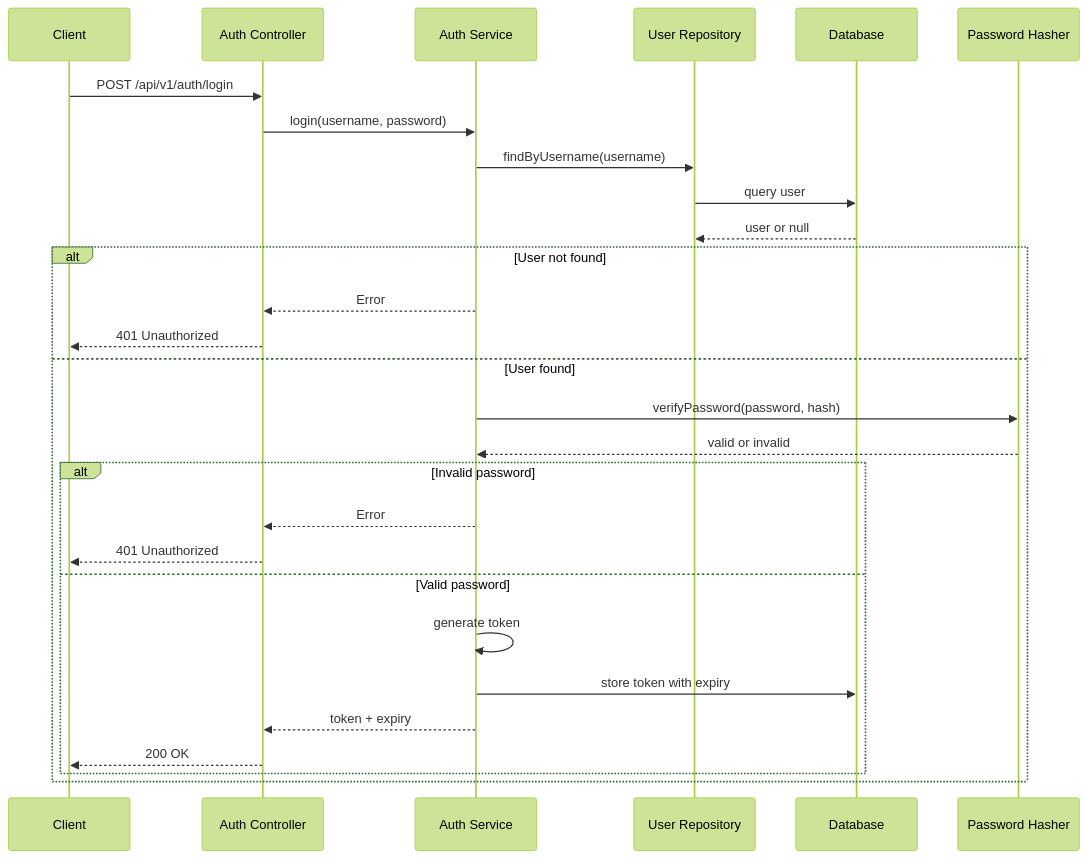
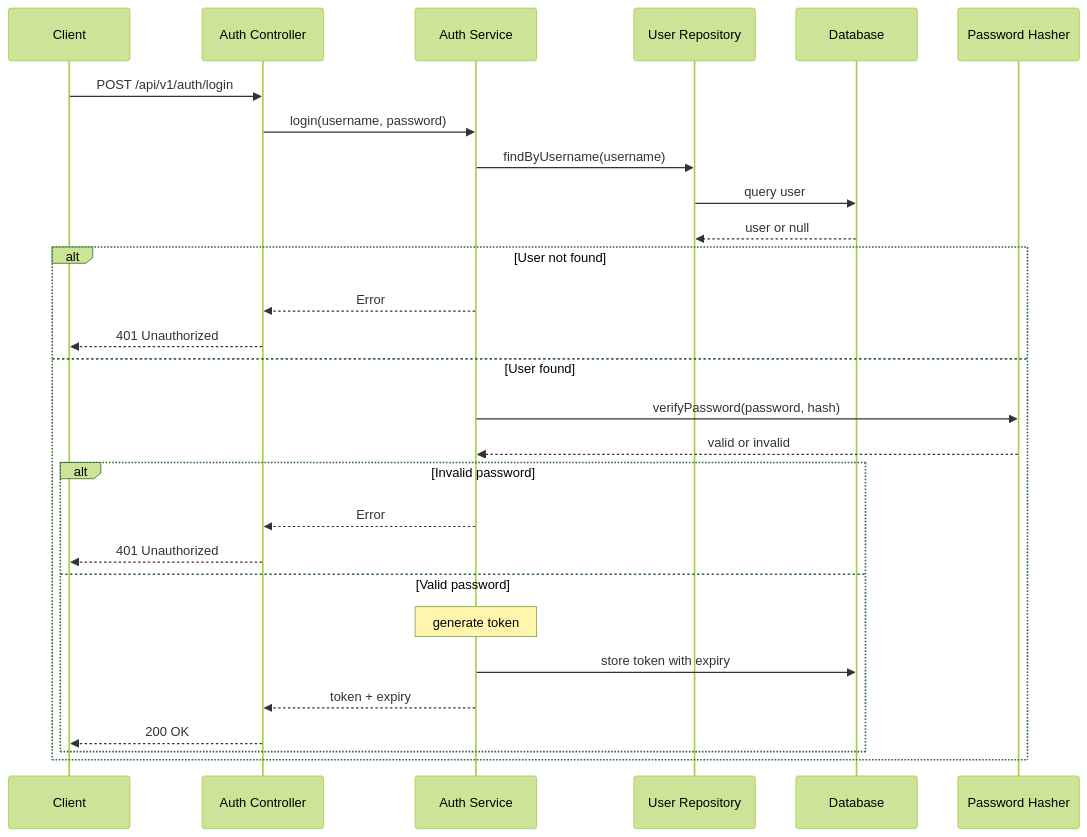
Before and after one commit to MiChillDev/sqs-project: the diagram in docs/readthedocs/arc42/06-runtime.md, drawn with Mermaid (forest theme). The commit also changed other lines of this file and 2 other files, not shown here.

Commit message:
experiment(#83): please work

````diff
--- a/docs/readthedocs/arc42/06-runtime.md
+++ b/docs/readthedocs/arc42/06-runtime.md
@@ -8,33 +9,33 @@
 ```mermaid
 sequenceDiagram
     participant Client
     participant AuthController as Auth Controller
     participant AuthService as Auth Service
     participant UserRepo as User Repository
-    participant Database
+    participant DB as Database
     participant PasswordUtil as Password Hasher
 
     Client->>AuthController: POST /api/v1/auth/login
     AuthController->>AuthService: login(username, password)
     AuthService->>UserRepo: findByUsername(username)
-    UserRepo->>Database: query user
-    Database-->>UserRepo: user or null
+    UserRepo->>DB: query user
+    DB-->>UserRepo: user or null
 
     alt User not found
         AuthService-->>AuthController: Error
         AuthController-->>Client: 401 Unauthorized
     else User found
         AuthService->>PasswordUtil: verifyPassword(password, hash)
         PasswordUtil-->>AuthService: valid or invalid
 
         alt Invalid password
             AuthService-->>AuthController: Error
             AuthController-->>Client: 401 Unauthorized
         else Valid password
-            AuthService->>AuthService: generate token
-            AuthService->>Database: store token with expiry
+            Note over AuthService: generate token
+            AuthService->>DB: store token with expiry
             AuthService-->>AuthController: token + expiry
             AuthController-->>Client: 200 OK
         end
     end
 ```
````
